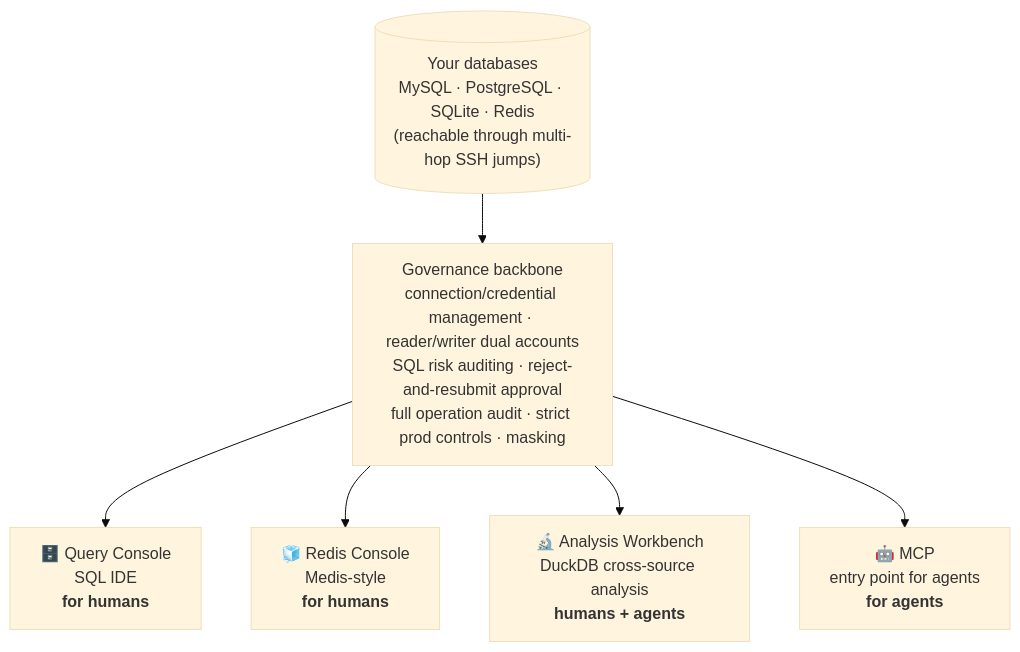
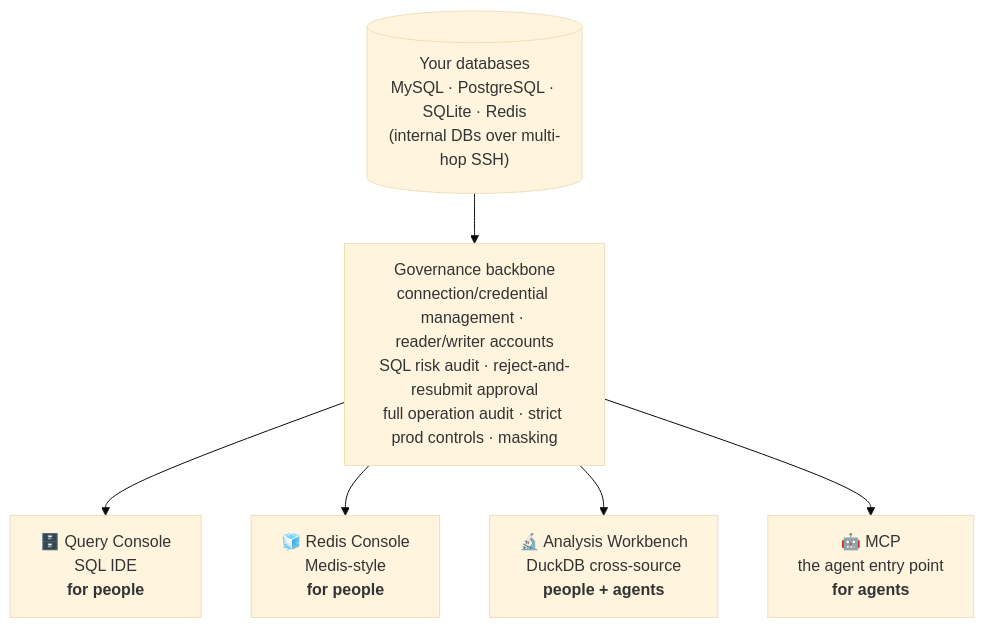
The diagram in README.en.md (jianxinliu/Quay), drawn with Mermaid (base theme) before and after one commit. The commit also changed other lines of this file and 7 other files, not shown here.

````diff
--- a/README.en.md
+++ b/README.en.md
@@ -20,9 +65,9 @@
 ```mermaid
 flowchart TB
-    DB[("Your databases<br/>MySQL · PostgreSQL · SQLite · Redis<br/>(reachable through multi-hop SSH jumps)")]
-    DB --> GOV["Governance backbone<br/>connection/credential management · reader/writer dual accounts<br/>SQL risk auditing · reject-and-resubmit approval<br/>full operation audit · strict prod controls · masking"]
-    GOV --> T1["🗄️ Query Console<br/>SQL IDE<br/><b>for humans</b>"]
-    GOV --> T2["🧊 Redis Console<br/>Medis-style<br/><b>for humans</b>"]
-    GOV --> T3["🔬 Analysis Workbench<br/>DuckDB cross-source analysis<br/><b>humans + agents</b>"]
-    GOV --> T4["🤖 MCP<br/>entry point for agents<br/><b>for agents</b>"]
+    DB[("Your databases<br/>MySQL · PostgreSQL · SQLite · Redis<br/>(internal DBs over multi-hop SSH)")]
+    DB --> GOV["Governance backbone<br/>connection/credential management · reader/writer accounts<br/>SQL risk audit · reject-and-resubmit approval<br/>full operation audit · strict prod controls · masking"]
+    GOV --> T1["🗄️ Query Console<br/>SQL IDE<br/><b>for people</b>"]
+    GOV --> T2["🧊 Redis Console<br/>Medis-style<br/><b>for people</b>"]
+    GOV --> T3["🔬 Analysis Workbench<br/>DuckDB cross-source<br/><b>people + agents</b>"]
+    GOV --> T4["🤖 MCP<br/>the agent entry point<br/><b>for agents</b>"]
 ```
````
